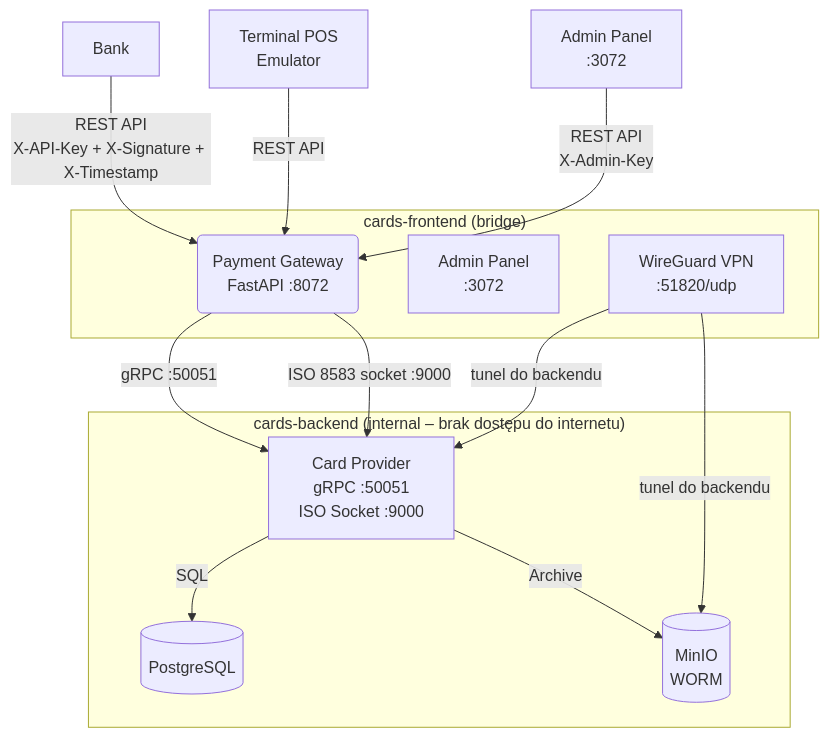
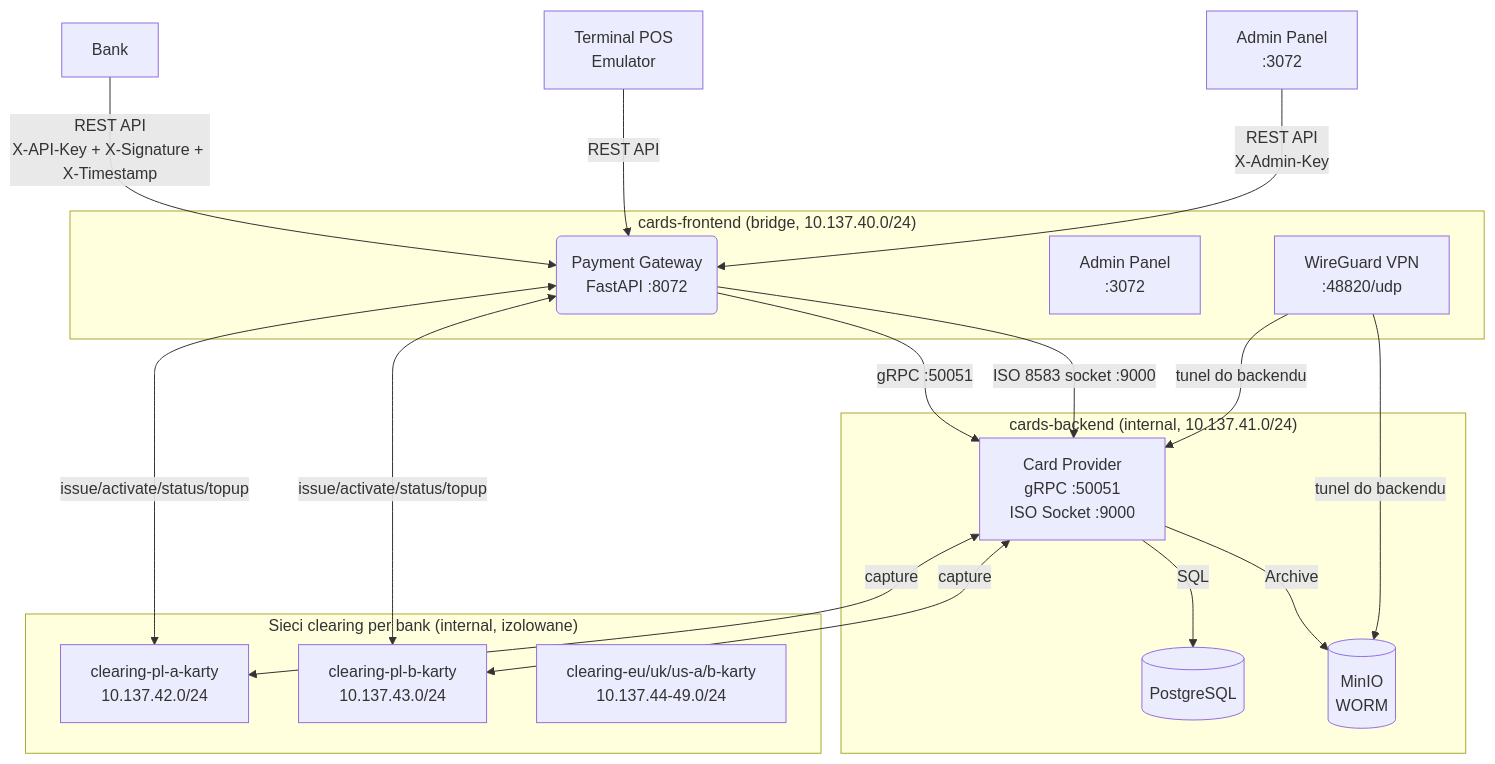
The first of 6 diagrams in README.md (FilipSl3/Karty-Platnicze-Aplikacje-Biznesowe), drawn with Mermaid before and after one commit. The commit also changed other lines of this file, not shown here.

````diff
--- a/README.md
+++ b/README.md
@@ -56,25 +57,35 @@
 ```mermaid
 graph TD
     BANK[Bank] -->|REST API\nX-API-Key + X-Signature + X-Timestamp| GW
     TERMINAL[Terminal POS\nEmulator] -->|REST API| GW
     ADMIN[Admin Panel\n:3072] -->|REST API\nX-Admin-Key| GW
 
-    subgraph cards-frontend ["cards-frontend (bridge)"]
+    subgraph cards-frontend ["cards-frontend (bridge, 10.137.40.0/24)"]
         GW(Payment Gateway\nFastAPI :8072)
         PANEL[Admin Panel\n:3072]
-        VPN[WireGuard VPN\n:51820/udp]
+        VPN[WireGuard VPN\n:48820/udp]
     end
 
-    subgraph cards-backend ["cards-backend (internal – brak dostępu do internetu)"]
+    subgraph cards-backend ["cards-backend (internal, 10.137.41.0/24)"]
         CP[Card Provider\ngRPC :50051\nISO Socket :9000]
         DB[(PostgreSQL)]
         MINIO[(MinIO\nWORM)]
+    end
+
+    subgraph clearing ["Sieci clearing per bank (internal, izolowane)"]
+        CL_PLA["clearing-pl-a-karty\n10.137.42.0/24"]
+        CL_PLB["clearing-pl-b-karty\n10.137.43.0/24"]
+        CL_OTHER["clearing-eu/uk/us-a/b-karty\n10.137.44-49.0/24"]
     end
 
     GW -->|gRPC :50051| CP
     GW -->|ISO 8583 socket :9000| CP
     CP -->|SQL| DB
     CP -->|Archive| MINIO
     VPN -->|tunel do backendu| CP
     VPN -->|tunel do backendu| MINIO
+    GW <-->|issue/activate/status/topup| CL_PLA
+    GW <-->|issue/activate/status/topup| CL_PLB
+    CP <-->|capture| CL_PLA
+    CP <-->|capture| CL_PLB
 ```
````
